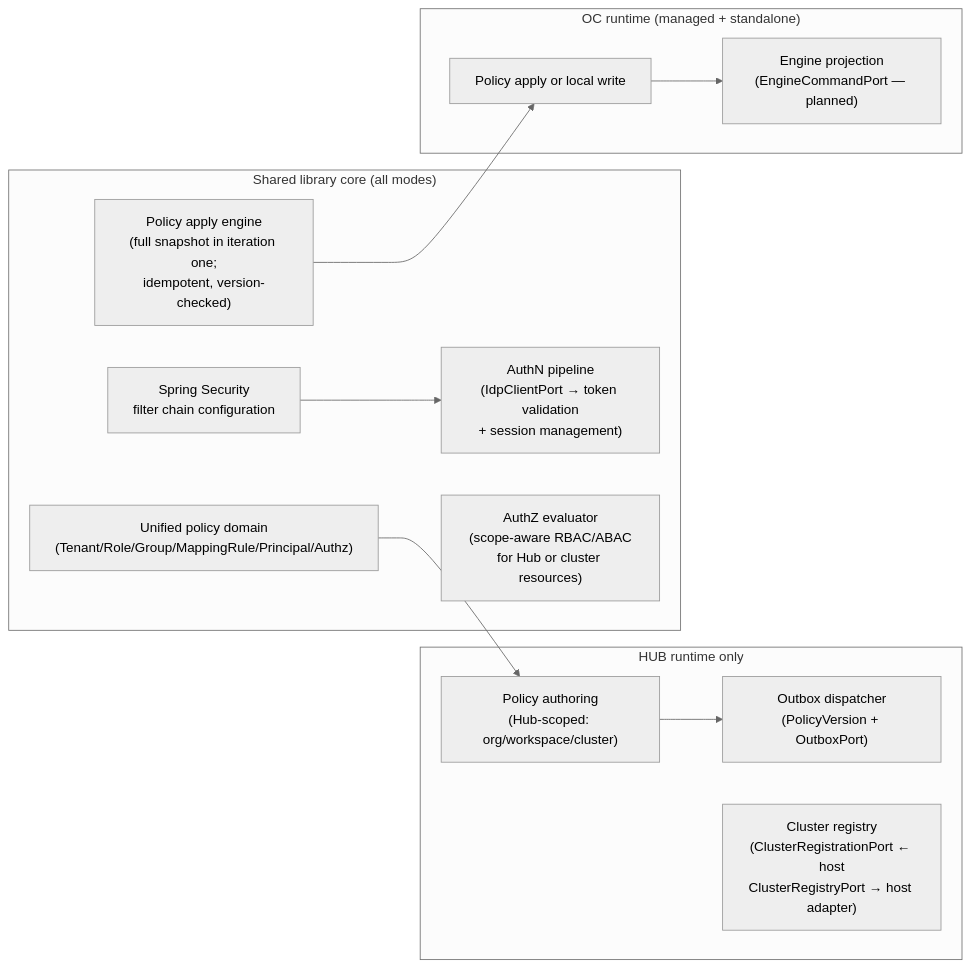
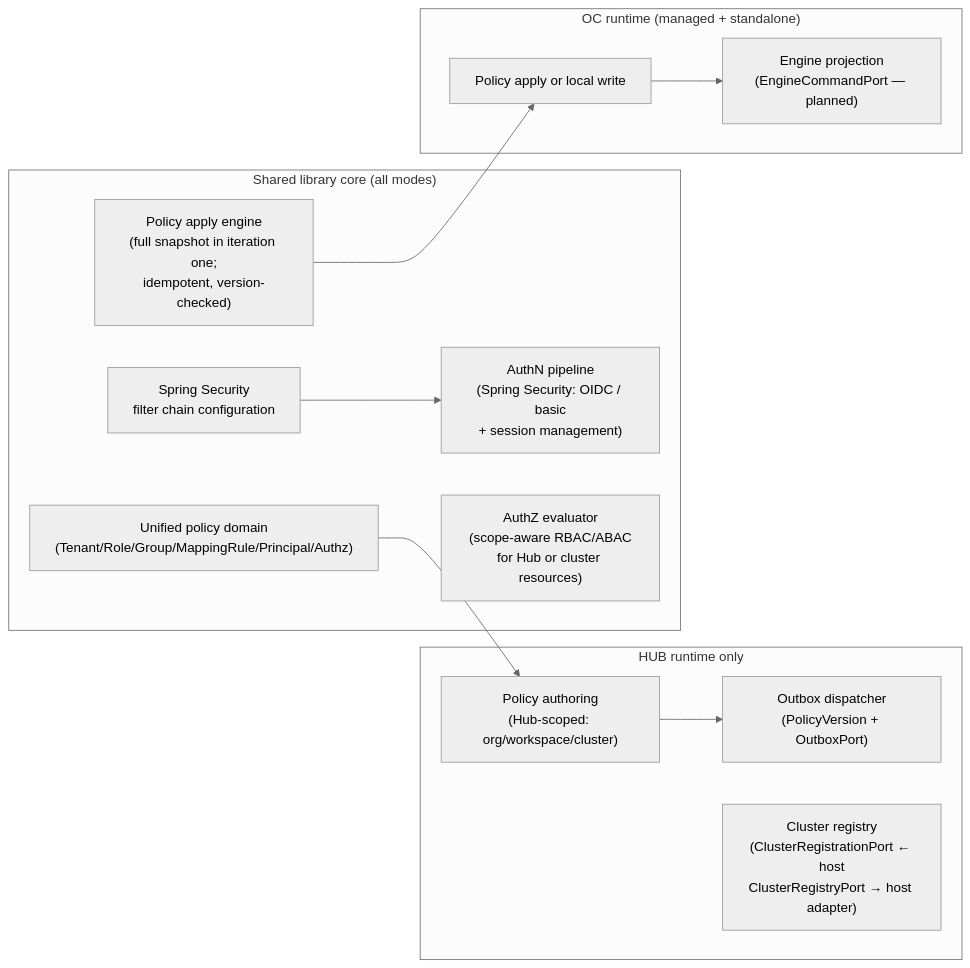
Before and after one commit to camunda/camunda-security-library: the tenth of 20 diagrams in docs/architecture_docs.md, drawn with Mermaid (neutral theme). The commit also changed other lines of this file, not shown here.

First line of the commit message:
docs: address Copilot PR review comments on architecture_docs

````diff
--- a/docs/architecture_docs.md
+++ b/docs/architecture_docs.md
@@ -1060,28 +1060,28 @@
 ```mermaid
 flowchart LR
   subgraph SharedCore["Shared library core (all modes)"]
     SpringSec["Spring Security<br>filter chain configuration"]
-    AuthN["AuthN pipeline<br>(IdpClientPort → token validation<br>+ session management)"]
+    AuthN["AuthN pipeline<br>(Spring Security: OIDC / basic<br>+ session management)"]
     AuthZ["AuthZ evaluator<br>(scope-aware RBAC/ABAC<br>for Hub or cluster resources)"]
     Domain["Unified policy domain<br>(Tenant/Role/Group/MappingRule/Principal/Authz)"]
     Apply["Policy apply engine<br>(full snapshot in iteration one;<br>idempotent, version-checked)"]
 
     SpringSec --> AuthN
   end
 
   subgraph HubRuntime["HUB runtime only"]
     HubAuthoring["Policy authoring<br>(Hub-scoped: org/workspace/cluster)"]
     HubOutbox["Outbox dispatcher<br>(PolicyVersion + OutboxPort)"]
     HubCluster["Cluster registry<br>(ClusterRegistrationPort ← host<br>ClusterRegistryPort → host adapter)"]
     HubAuthoring --> HubOutbox
   end
 
   subgraph OcRuntime["OC runtime (managed + standalone)"]
     OcWrite["Policy apply or local write"]
     OcProject["Engine projection<br>(EngineCommandPort — planned)"]
     OcWrite --> OcProject
   end
 
   Domain --> HubAuthoring
   Apply --> OcWrite
 ```
````
